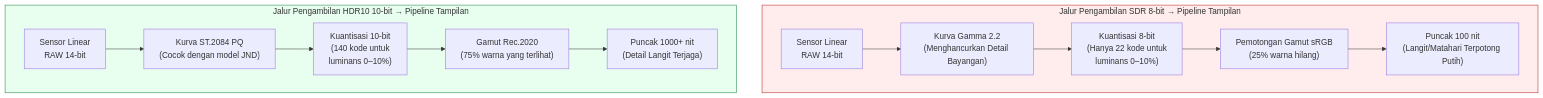
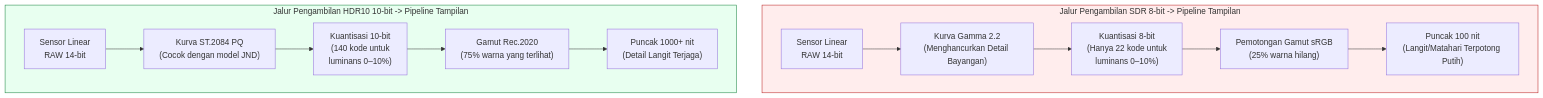
Before and after one commit to zoozooll/AndroidCameraParameters: the first of 2 diagrams in website/i18n/id/docusaurus-plugin-content-docs/current/camera2/hdr-and-ultra-hdr.md, drawn with Mermaid. The commit also changed other lines of this file and 77 other files, not shown here.

First line of the commit message:
docs: standardize Mermaid syntax and polish 3A pipeline translations

````diff
--- a/website/i18n/id/docusaurus-plugin-content-docs/current/camera2/hdr-and-ultra-hdr.md
+++ b/website/i18n/id/docusaurus-plugin-content-docs/current/camera2/hdr-and-ultra-hdr.md
@@ -33,19 +33,19 @@
 ```mermaid
 flowchart TD
-    subgraph SDRpath["Jalur Pengambilan SDR 8-bit → Pipeline Tampilan"]
+    subgraph SDRpath["Jalur Pengambilan SDR 8-bit -> Pipeline Tampilan"]
         S1["Sensor Linear<br/>RAW 14-bit"] --> S2["Kurva Gamma 2.2<br/>(Menghancurkan Detail Bayangan)"]
         S2 --> S3["Kuantisasi 8-bit<br/>(Hanya 22 kode untuk<br/>luminans 0–10%)"]
         S3 --> S4["Pemotongan Gamut sRGB<br/>(25% warna hilang)"]
         S4 --> S5["Puncak 100 nit<br/>(Langit/Matahari Terpotong Putih)"]
     end
 
-    subgraph HDRpath["Jalur Pengambilan HDR10 10-bit → Pipeline Tampilan"]
+    subgraph HDRpath["Jalur Pengambilan HDR10 10-bit -> Pipeline Tampilan"]
         H1["Sensor Linear<br/>RAW 14-bit"] --> H2["Kurva ST.2084 PQ<br/>(Cocok dengan model JND)"]
         H2 --> H3["Kuantisasi 10-bit<br/>(140 kode untuk<br/>luminans 0–10%)"]
         H3 --> H4["Gamut Rec.2020<br/>(75% warna yang terlihat)"]
         H4 --> H5["Puncak 1000+ nit<br/>(Detail Langit Terjaga)"]
     end
 
     style SDRpath fill:#ffeded,stroke:#b91c1c
     style HDRpath fill:#e8fff0,stroke:#15803d
 ```
````
